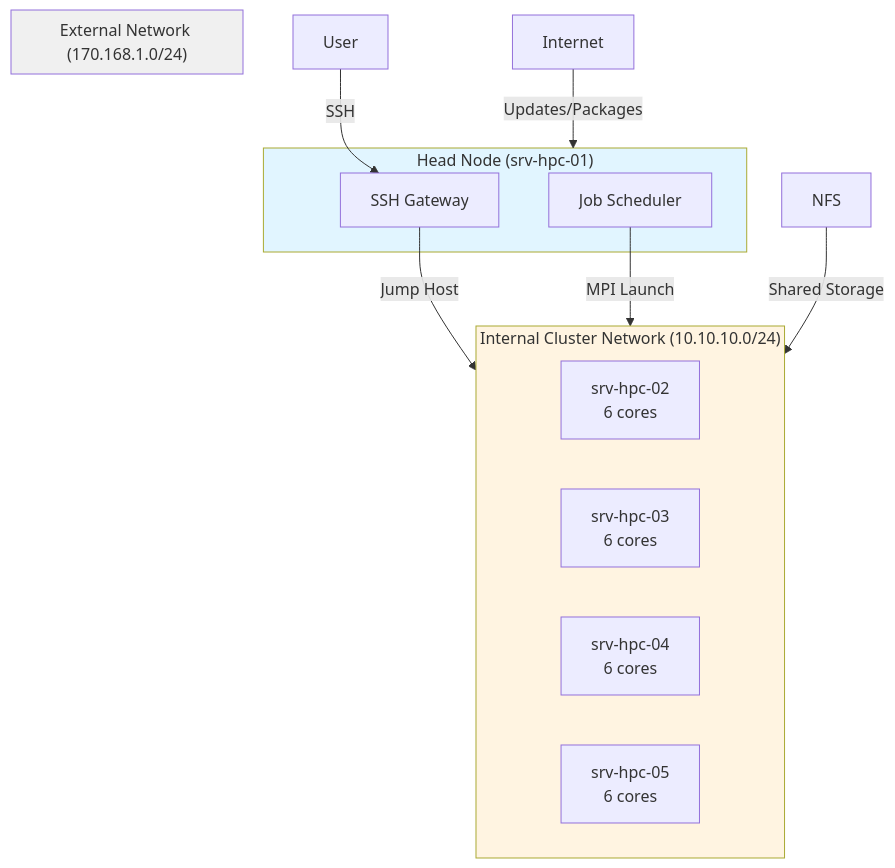
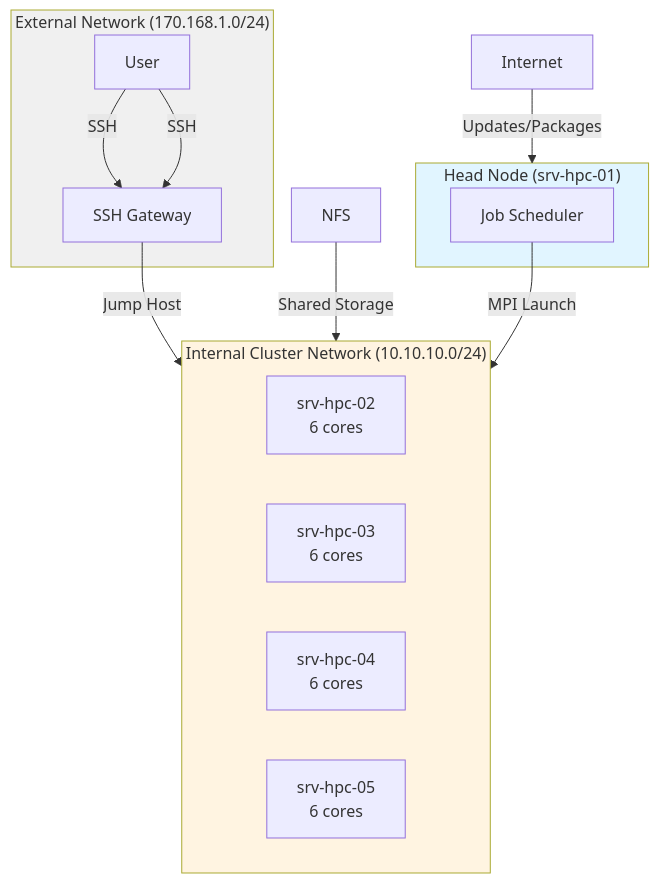
Before and after one commit to maltsev-andrey/hpc-cluster-slurm-mpi: the diagram in README.md, drawn with Mermaid.

````diff
--- a/README.md
+++ b/README.md
@@ -44,29 +44,29 @@
 ```mermaid
 graph TB
     subgraph External["External Network (170.168.1.0/24)"]
-       
+       User -->|SSH| SSH
     end
     
     subgraph HeadNode["Head Node (srv-hpc-01)"]
         SSH[SSH Gateway]
         Scheduler[Job Scheduler]
     end
     
     subgraph Internal["Internal Cluster Network (10.10.10.0/24)"]
         direction LR
         CN1[srv-hpc-02<br/>6 cores]
         CN2[srv-hpc-03<br/>6 cores]
         CN3[srv-hpc-04<br/>6 cores]
         CN4[srv-hpc-05<br/>6 cores]
     end
     
     User -->|SSH| SSH
     Internet -->|Updates/Packages| HeadNode
     SSH -->|Jump Host| Internal
     NFS -->|Shared Storage| Internal
     Scheduler -->|MPI Launch| Internal
     
     style HeadNode fill:#e1f5ff
     style Internal fill:#fff4e1
     style External fill:#f0f0f0
 ```
````
